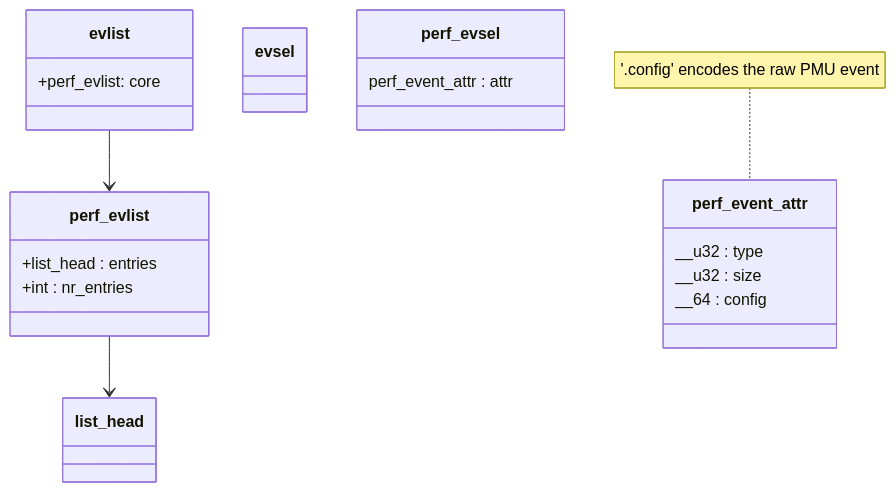
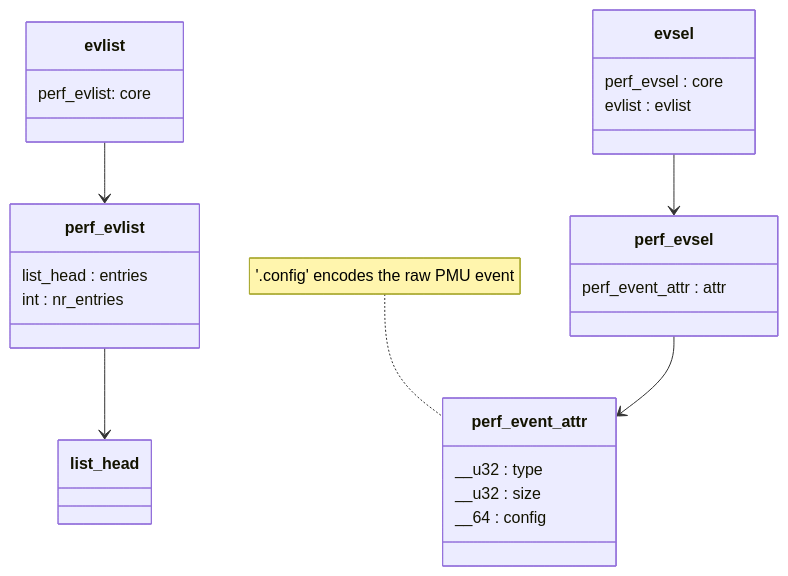
One commit to jamesodhunt/foo changed the diagram in mermaid-classes-2.md. Above: the diagram before and after it, drawn with Mermaid.

````diff
--- a/mermaid-classes-2.md
+++ b/mermaid-classes-2.md
@@ -1,29 +1,39 @@
 ```mermaid
 classDiagram
     class evlist {
-      +perf_evlist: core
+      perf_evlist: core
     }
 
-    class evsel
+    class evsel {
+      perf_evsel : core
+      evlist : evlist
+    }
+
     class perf_evlist {
-      +list_head : entries
-      +int : nr_entries
+      list_head : entries
+      int : nr_entries
     }
 
     class perf_evsel {
       perf_event_attr : attr
     }
 
     class perf_event_attr {
       __u32 : type
       __u32 : size
       __64 : config
     }
     note for perf_event_attr "'.config' encodes the raw PMU event"
 
     class perf_event_attr
     class list_head
 
+    %% -------------------------------------------
+    %% Define relationships
+
     evlist --> perf_evlist
+    evsel --> perf_evsel
+    perf_evsel --> perf_event_attr
     perf_evlist --> list_head
+
 ```
````
